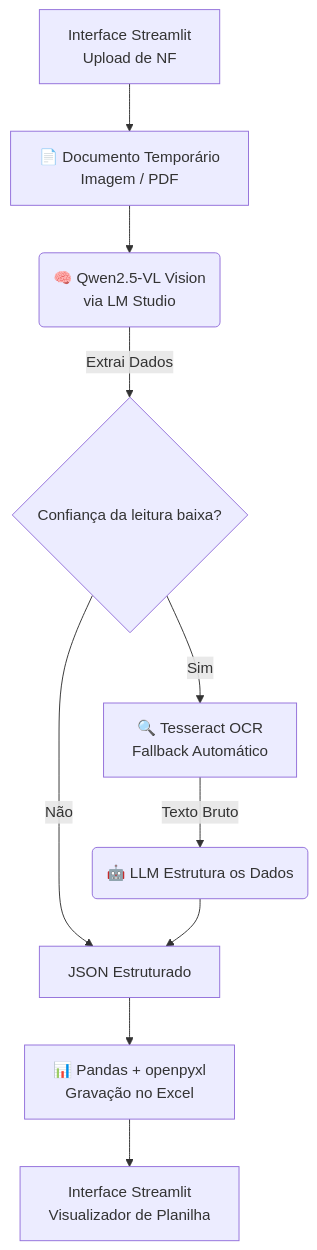
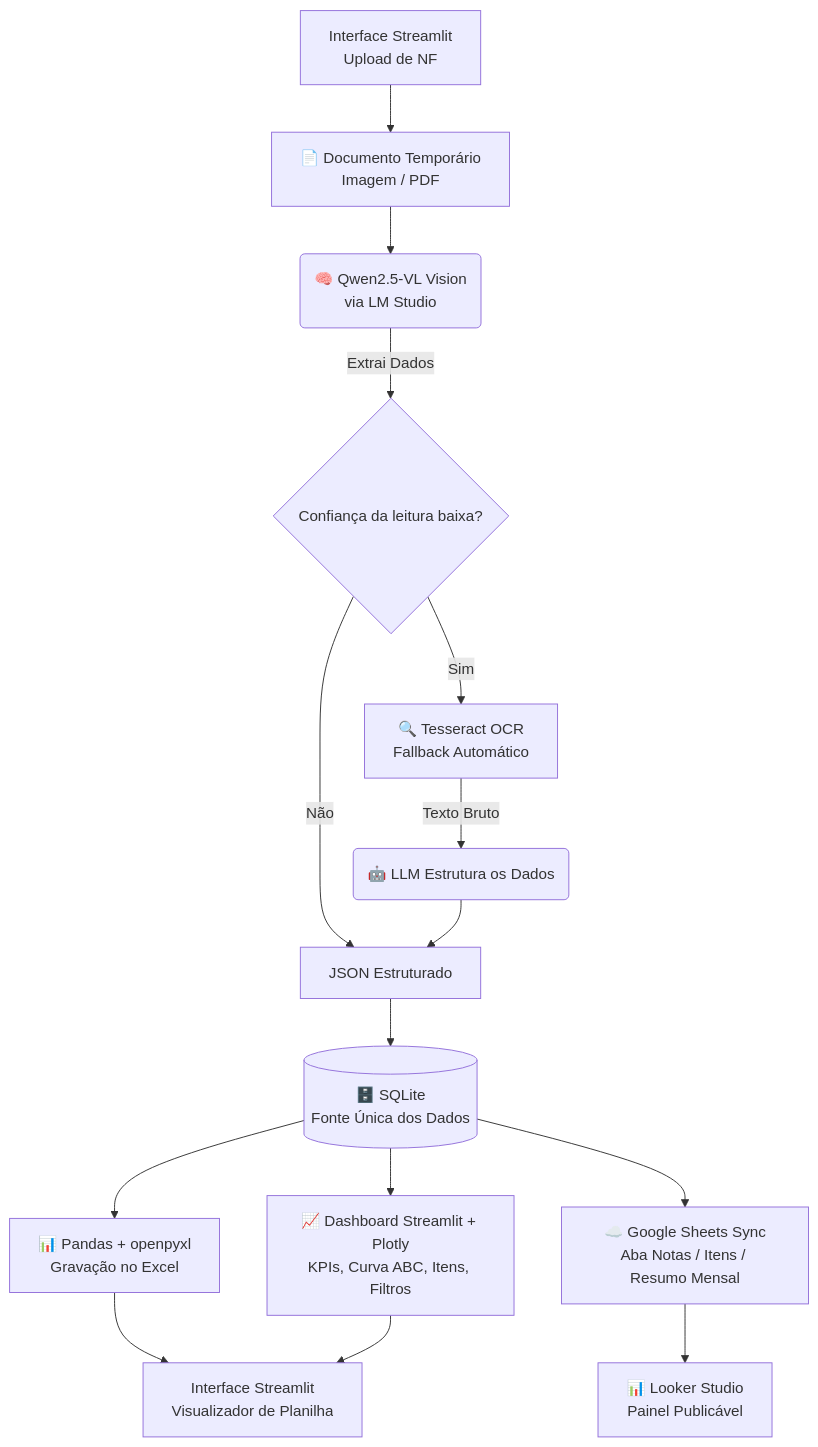
The diagram in README.md (leandrobelo000-afk/ai-fiscal-assistant), drawn with Mermaid before and after one commit. The commit also changed other lines of this file and 2 other files, not shown here.

First line of the commit message:
feat: add SQLite column migration for rota/confianca fields

````diff
--- a/README.md
+++ b/README.md
@@ -24,12 +24,17 @@
 ```mermaid
 flowchart TD
     UI[Interface Streamlit<br/>Upload de NF] --> A
     A[📄 Documento Temporário<br/>Imagem / PDF] --> B(🧠 Qwen2.5-VL Vision<br/>via LM Studio)
     B -- Extrai Dados --> C{Confiança da leitura baixa?}
     C -- Sim --> E[🔍 Tesseract OCR <br/>Fallback Automático]
     E -- Texto Bruto --> F(🤖 LLM Estrutura os Dados)
     C -- Não --> D
     F --> D[JSON Estruturado]
-    D --> G[📊 Pandas + openpyxl<br/>Gravação no Excel]
-    G --> UI_View[Interface Streamlit<br/>Visualizador de Planilha]
+    D --> G[(🗄️ SQLite\nFonte Única dos Dados)]
+    G --> H[📊 Pandas + openpyxl<br/>Gravação no Excel]
+    G --> I[📈 Dashboard Streamlit + Plotly\nKPIs, Curva ABC, Itens, Filtros]
+    G --> J[☁️ Google Sheets Sync\nAba Notas / Itens / Resumo Mensal]
+    J --> K[📊 Looker Studio\nPainel Publicável]
+    H --> UI_View[Interface Streamlit<br/>Visualizador de Planilha]
+    I --> UI_View
 ```
````
